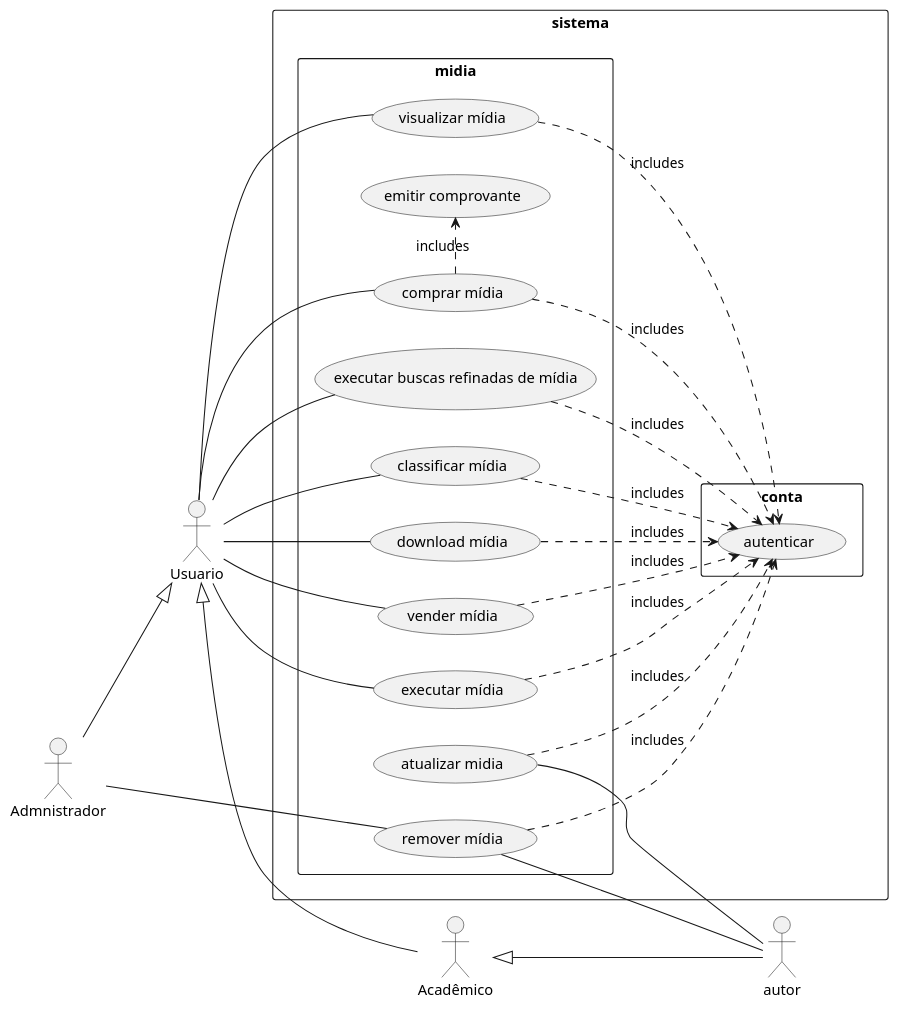
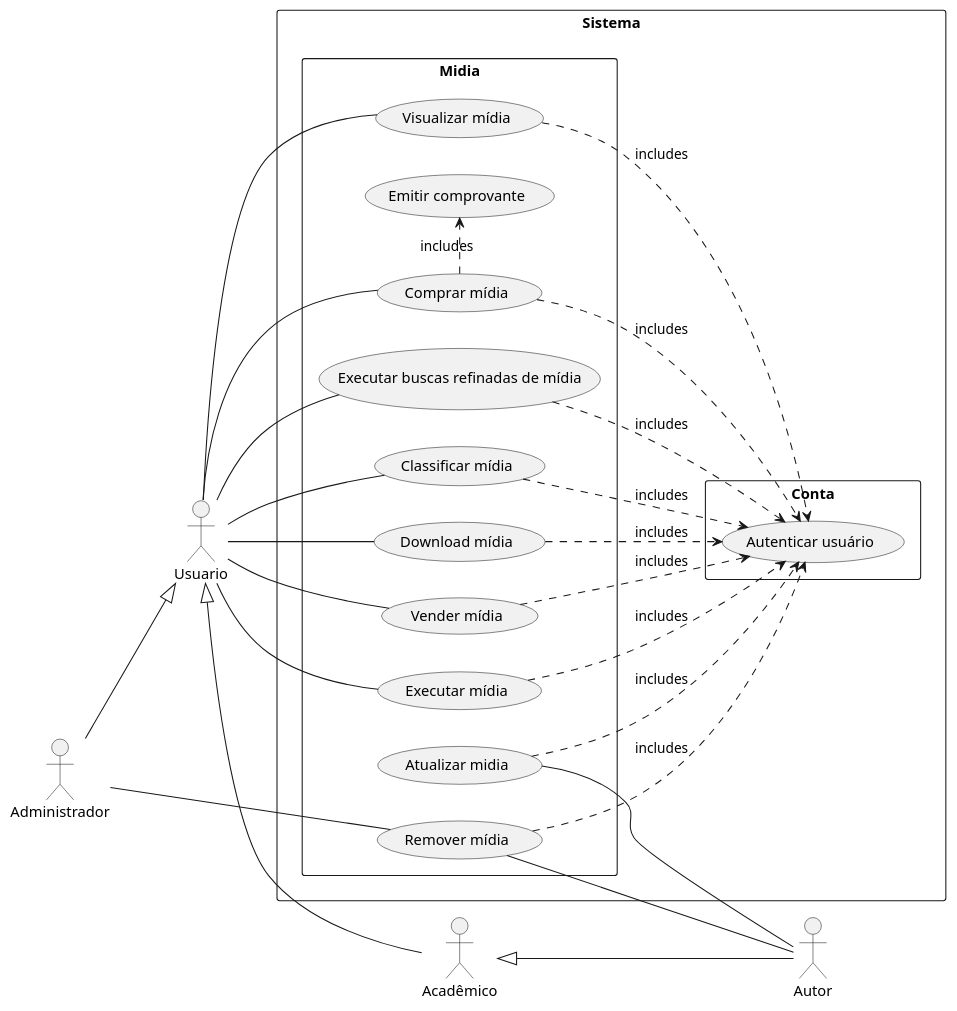
The diagram in use-case/diagrams/midia.iuml (arielazzi/desenvolvimento-de-software-I), drawn with PlantUML before and after one commit. The commit also changed 5 other files, not shown here.

```diff
--- a/use-case/diagrams/midia.iuml
+++ b/use-case/diagrams/midia.iuml
@@ -1,46 +1,46 @@
 @startuml midia
 
 left to right direction
 
-:Usuario: as usuario
-:Acadêmico: as academico
-:Admnistrador: as admnistrador
+:Usuario: as Usuario
+:Acadêmico: as Academico
+:Administrador: as Administrador
 
-academico <|-down- autor
-usuario <|- academico
-usuario <|-up- admnistrador
+Academico <|-down- Autor
+Usuario <|- Academico
+Usuario <|-up- Administrador
 
-rectangle sistema {
-    rectangle conta {
-        (autenticar)
+rectangle Sistema {
+    rectangle Conta {
+        (Autenticar usuário)
     }
-     rectangle midia {
+     rectangle Midia {
 
-            admnistrador -right--- (remover mídia)
+            Administrador -right--- (Remover mídia)
 
-            autor -up- (remover mídia)
-            autor -up- (atualizar midia)
+            Autor -up- (Remover mídia)
+            Autor -up- (Atualizar midia)
 
-            (autenticar) <.up. (remover mídia) : includes
-            (autenticar) <.up. (atualizar midia) : includes
-            (autenticar) <.up. (visualizar mídia) : includes
-            (autenticar) <.up. (executar mídia) : includes
-            (autenticar) <.up. (comprar mídia) : includes
-            (autenticar) <.up. (vender mídia) : includes
-            (autenticar) <.up. (download mídia) : includes
-            (autenticar) <.up. (classificar mídia) : includes
-            (autenticar) <.up. (executar buscas refinadas de mídia) : includes
+            (Autenticar usuário) <.up. (Remover mídia) : includes
+            (Autenticar usuário) <.up. (Atualizar midia) : includes
+            (Autenticar usuário) <.up. (Visualizar mídia) : includes
+            (Autenticar usuário) <.up. (Executar mídia) : includes
+            (Autenticar usuário) <.up. (Comprar mídia) : includes
+            (Autenticar usuário) <.up. (Vender mídia) : includes
+            (Autenticar usuário) <.up. (Download mídia) : includes
+            (Autenticar usuário) <.up. (Classificar mídia) : includes
+            (Autenticar usuário) <.up. (Executar buscas refinadas de mídia) : includes
 
-            (comprar mídia) .> (emitir comprovante) : includes
+            (Comprar mídia) .> (Emitir comprovante) : includes
 
-            usuario -- (visualizar mídia)
-            usuario -- (executar mídia)
-            usuario -- (comprar mídia)
-            usuario -- (vender mídia)
-            usuario -- (download mídia)
-            usuario -- (classificar mídia)
-            usuario -- (executar buscas refinadas de mídia)
+            Usuario -- (Visualizar mídia)
+            Usuario -- (Executar mídia)
+            Usuario -- (Comprar mídia)
+            Usuario -- (Vender mídia)
+            Usuario -- (Download mídia)
+            Usuario -- (Classificar mídia)
+            Usuario -- (Executar buscas refinadas de mídia)
         }
 }
 
 @enduml
```
